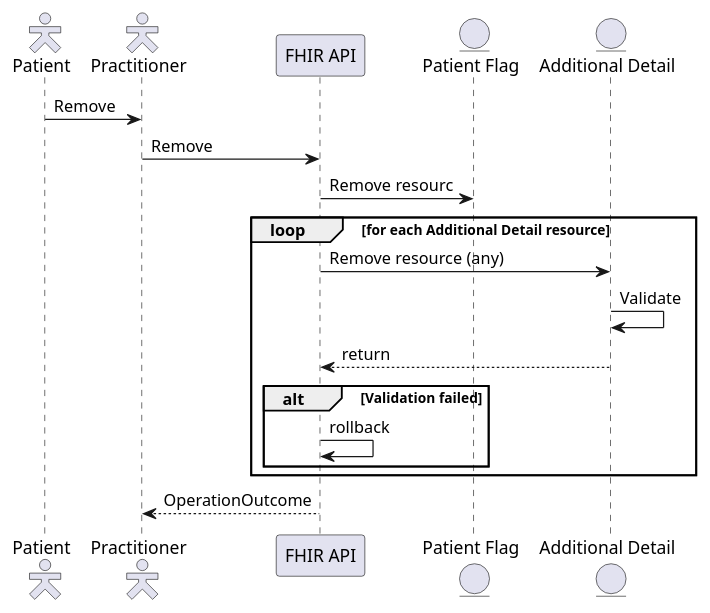
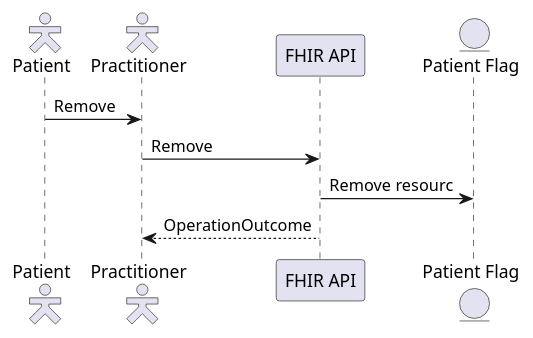
The diagram in input/images-source/remove-pf-record-sequence.plantuml (NHSDigital/ra-sandbox), drawn with PlantUML before and after one commit. The commit also changed 9 other files, not shown here.

```diff
--- a/input/images-source/remove-pf-record-sequence.plantuml
+++ b/input/images-source/remove-pf-record-sequence.plantuml
@@ -1,27 +1,15 @@
 @startuml
 
 skinparam actorStyle hollow
 
 actor        "Patient"          as pat
 actor        "Practitioner"     as pra
 participant  "FHIR API"         as api
 entity       "Patient Flag"     as pfg
-entity       "Additional Detail"  as add
 
   pat ->  pra : Remove
   pra ->  api : Remove
   api ->  pfg : Remove resourc
-  
-
-loop for each Additional Detail resource
-  api ->  add : Remove resource (any)
-  add ->  add : Validate
-  api <-- add : return
-  alt Validation failed
-    api -> api : rollback
-  end
-end
-
-pra <-- api : OperationOutcome
+  pra <-- api : OperationOutcome
 
 @enduml
```
